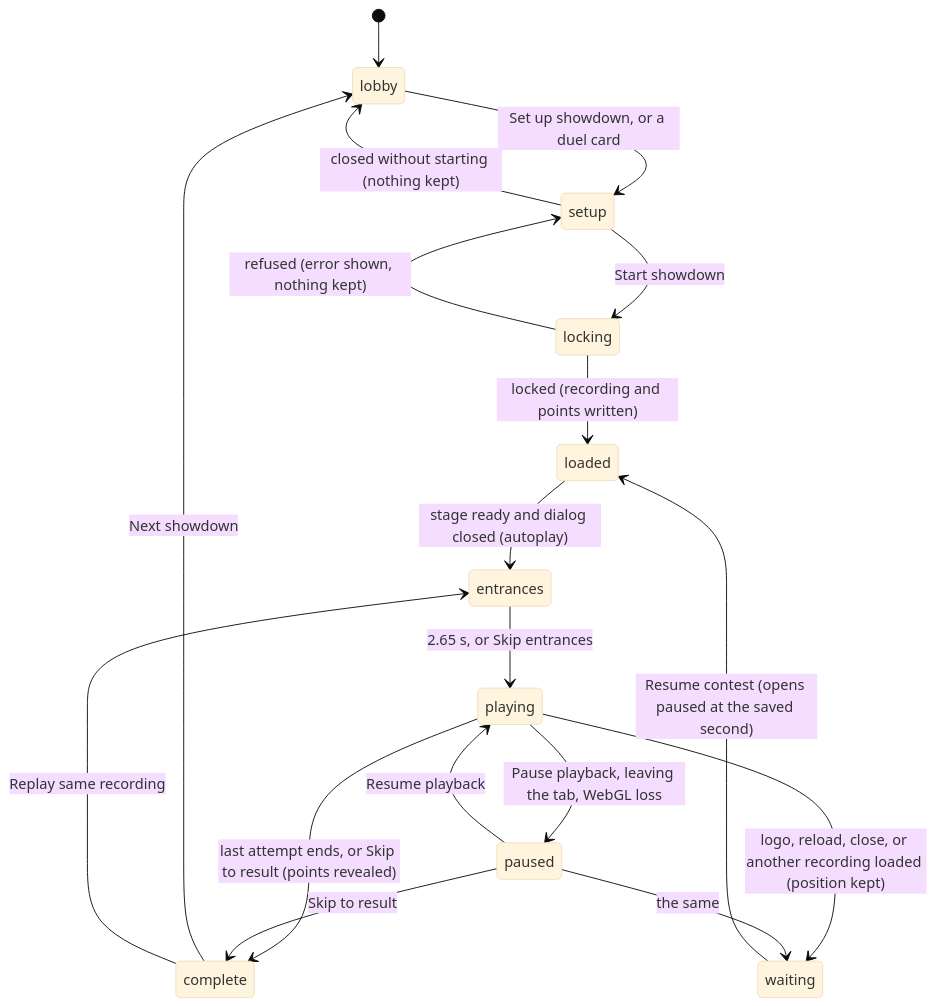
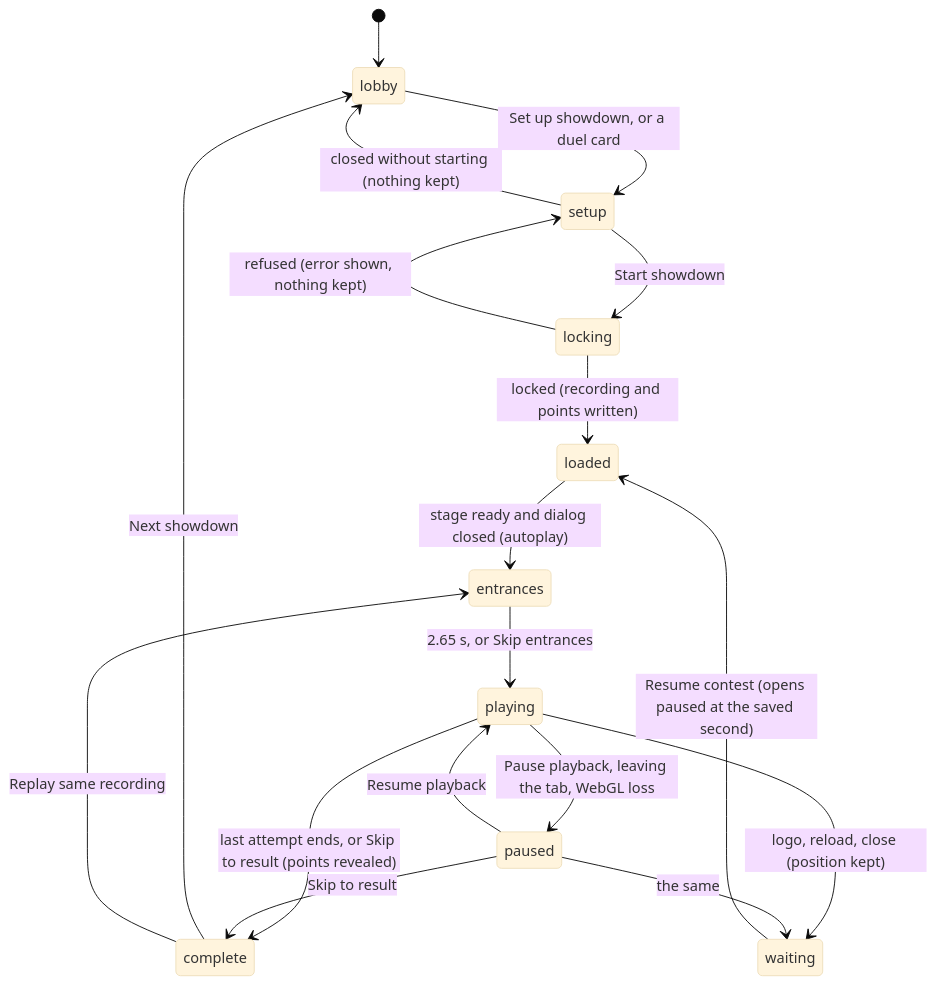
One commit to DougZeThug/Will-You-Be-My-Hero-Arena changed the diagram in docs/product-description/foundations/contests-and-recordings.md. Above: the diagram before and after it, drawn with Mermaid (base theme). The commit also changed other lines of this file and 34 other files, not shown here.

````diff
--- a/docs/product-description/foundations/contests-and-recordings.md
+++ b/docs/product-description/foundations/contests-and-recordings.md
@@ -80,20 +86,20 @@
 ```mermaid
 stateDiagram-v2
     [*] --> lobby
     lobby --> setup : Set up showdown, or a duel card
     setup --> lobby : closed without starting (nothing kept)
     setup --> locking : Start showdown
     locking --> setup : refused (error shown, nothing kept)
     locking --> loaded : locked (recording and points written)
     loaded --> entrances : stage ready and dialog closed (autoplay)
     entrances --> playing : 2.65 s, or Skip entrances
     playing --> paused : Pause playback, leaving the tab, WebGL loss
     paused --> playing : Resume playback
     playing --> complete : last attempt ends, or Skip to result (points revealed)
     paused --> complete : Skip to result
-    playing --> waiting : logo, reload, close, or another recording loaded (position kept)
+    playing --> waiting : logo, reload, close (position kept)
     paused --> waiting : the same
     waiting --> loaded : Resume contest (opens paused at the saved second)
     complete --> lobby : Next showdown
     complete --> entrances : Replay same recording
 ```
````
